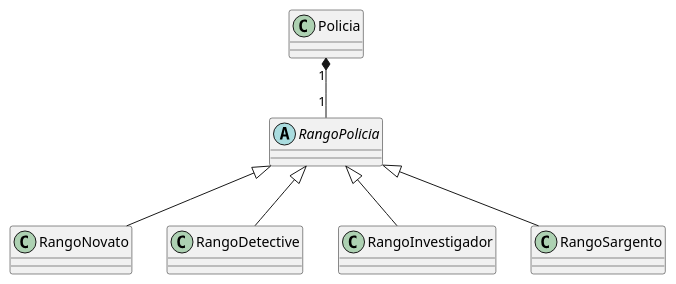
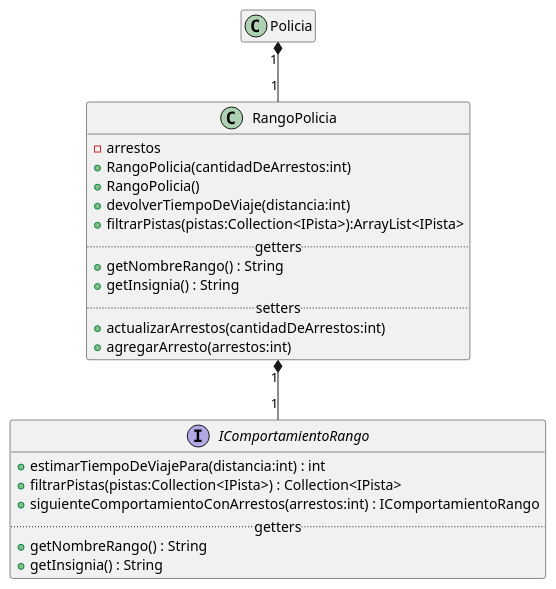
Before and after one commit to MarconMatias/TP2-AyPIII: the diagram in diagrams/classes/DC_RangoPolicia_concretas.plantuml, drawn with PlantUML. The commit also changed 5 other files, not shown here.

Commit message:
Diagramas actualziados

```diff
--- a/diagrams/classes/DC_RangoPolicia_concretas.plantuml
+++ b/diagrams/classes/DC_RangoPolicia_concretas.plantuml
@@ -1,9 +1,36 @@
 @startuml RangoPolicia_concretas
+hide empty members
+
+
 class Policia {}
-abstract class RangoPolicia {}
+class RangoPolicia {
+    - arrestos
+    + RangoPolicia(cantidadDeArrestos:int)
+    + RangoPolicia()
+    + devolverTiempoDeViaje(distancia:int)
+    + filtrarPistas(pistas:Collection<IPista>):ArrayList<IPista>
+    .. getters ..
+    + getNombreRango() : String
+    + getInsignia() : String
+    .. setters ..
+    + actualizarArrestos(cantidadDeArrestos:int)
+    + agregarArresto(arrestos:int)
+}
+interface IComportamientoRango {
+    + estimarTiempoDeViajePara(distancia:int) : int
+    + filtrarPistas(pistas:Collection<IPista>) : Collection<IPista>
+    + siguienteComportamientoConArrestos(arrestos:int) : IComportamientoRango
+    .. getters ..
+    + getNombreRango() : String
+    + getInsignia() : String
+}
+
 Policia "1" *-- "1" RangoPolicia
-class RangoNovato extends RangoPolicia {}
-class RangoDetective extends RangoPolicia {}
-class RangoInvestigador extends RangoPolicia {}
-class RangoSargento extends RangoPolicia {}
+RangoPolicia "1" *-- "1" IComportamientoRango
+
+
+'class RangoNovato extends RangoPolicia {}
+'class RangoDetective extends RangoPolicia {}
+'class RangoInvestigador extends RangoPolicia {}
+'class RangoSargento extends RangoPolicia {}
 @enduml
```
